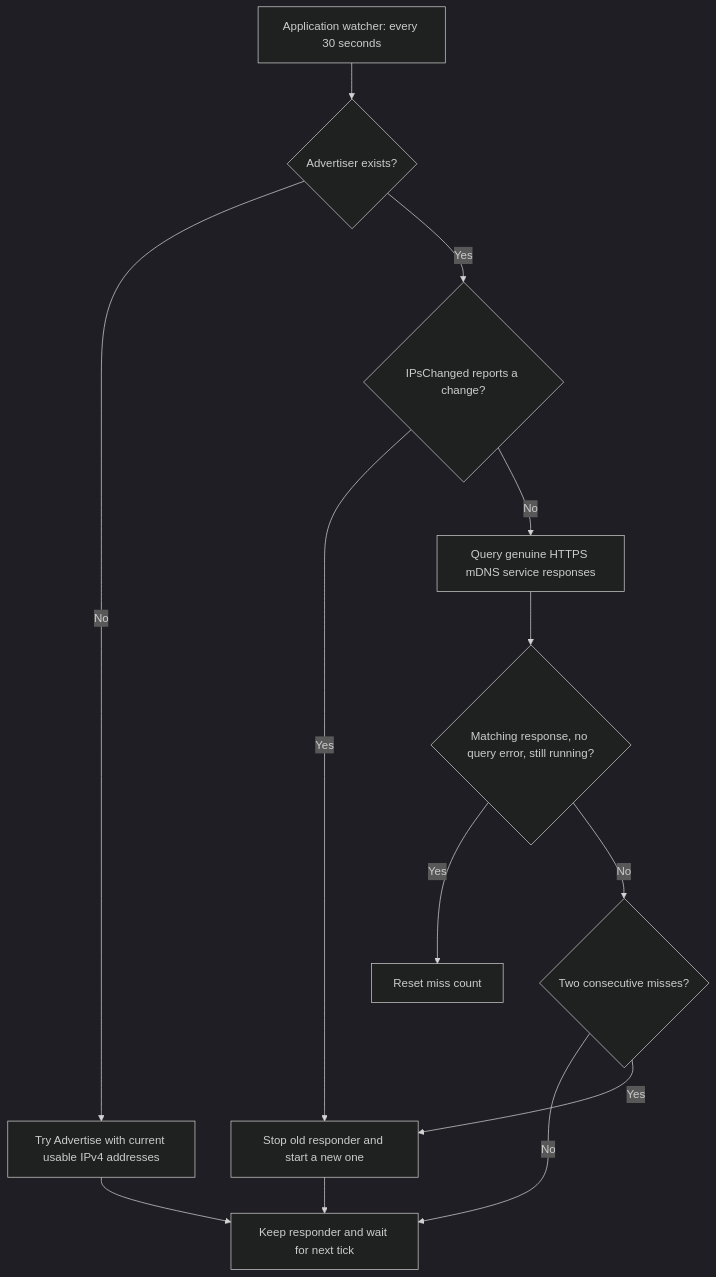
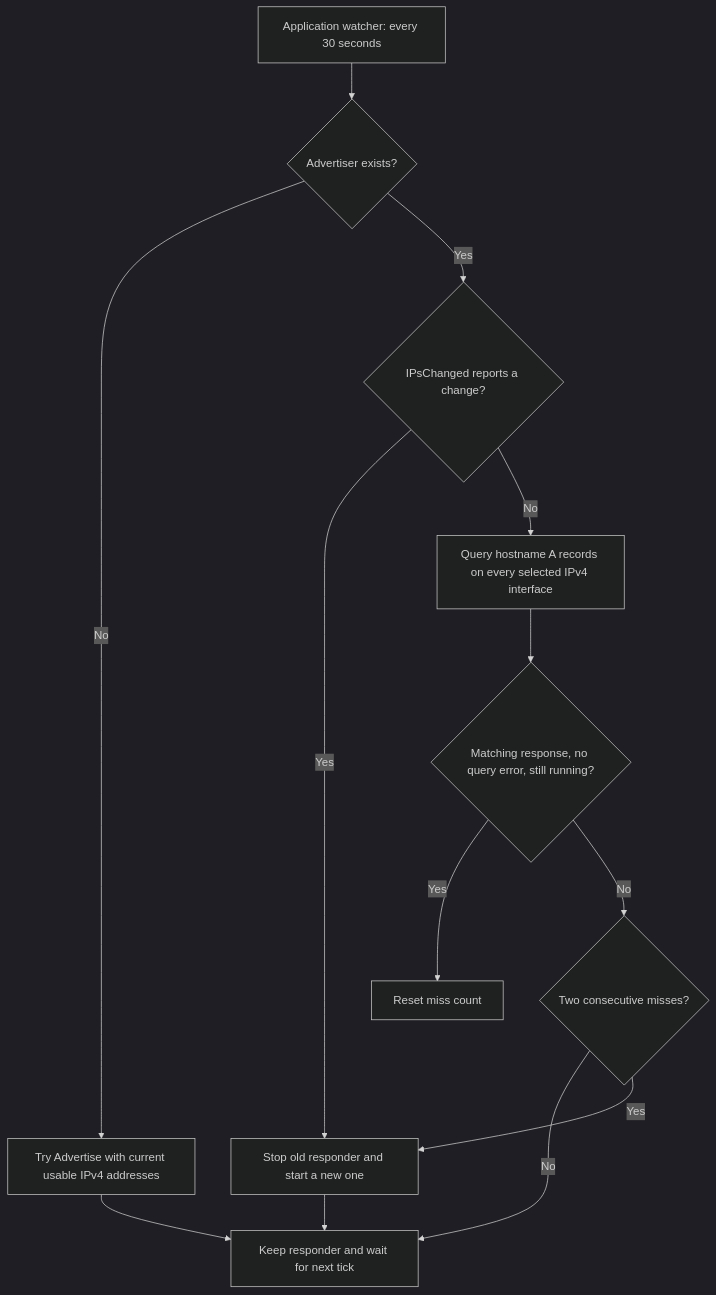
Before and after one commit to ohcnetwork/care_desktop: the fourth of 6 diagrams in docs/native-integrations.md, drawn with Mermaid (dark theme). The commit also changed other lines of this file and 17 other files, not shown here.

````diff
--- a/docs/native-integrations.md
+++ b/docs/native-integrations.md
@@ -754,15 +773,15 @@
 ```mermaid
 flowchart TD
     Tick["Application watcher: every 30 seconds"] --> Have{"Advertiser exists?"}
     Have -- No --> Start["Try Advertise with current usable IPv4 addresses"]
     Have -- Yes --> Changed{"IPsChanged reports a change?"}
     Changed -- Yes --> Renew["Stop old responder and start a new one"]
-    Changed -- No --> Probe["Query genuine HTTPS mDNS service responses"]
+    Changed -- No --> Probe["Query hostname A records on every selected IPv4 interface"]
     Probe --> Match{"Matching response, no query error, still running?"}
     Match -- Yes --> Reset["Reset miss count"]
     Match -- No --> Misses{"Two consecutive misses?"}
     Misses -- No --> Later["Keep responder and wait for next tick"]
     Misses -- Yes --> Renew
     Start --> Later
     Renew --> Later
 ```
````
